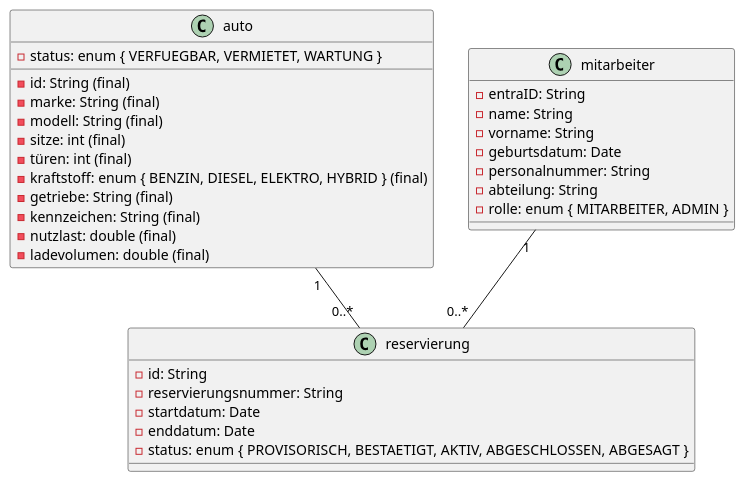
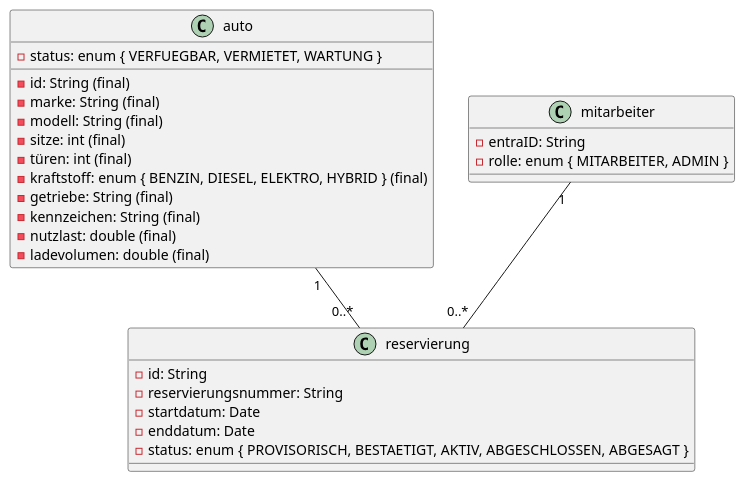
Before and after one commit to benjamingolder/go: the diagram in docs/architecture.puml, drawn with PlantUML. The commit also changed 11 other files, not shown here.

```diff
--- a/docs/architecture.puml
+++ b/docs/architecture.puml
@@ -1,38 +1,33 @@
 @startuml
 
 class auto {
     - id: String (final)
     - marke: String (final)
     - modell: String (final)
     - sitze: int (final)
     - türen: int (final)
     - kraftstoff: enum { BENZIN, DIESEL, ELEKTRO, HYBRID } (final)
     - getriebe: String (final)
     - kennzeichen: String (final)
     - nutzlast: double (final)
     - ladevolumen: double (final)
     - status: enum { VERFUEGBAR, VERMIETET, WARTUNG }
 }
 
 class mitarbeiter {
     - entraID: String
-    - name: String
-    - vorname: String
-    - geburtsdatum: Date
-    - personalnummer: String
-    - abteilung: String
     - rolle: enum { MITARBEITER, ADMIN }
 }
 
 class reservierung {
     - id: String
     - reservierungsnummer: String
     - startdatum: Date
     - enddatum: Date
     - status: enum { PROVISORISCH, BESTAETIGT, AKTIV, ABGESCHLOSSEN, ABGESAGT }
 }
 
 mitarbeiter "1" -- "0..*" reservierung
 auto "1" -- "0..*" reservierung
 
 @enduml
```
